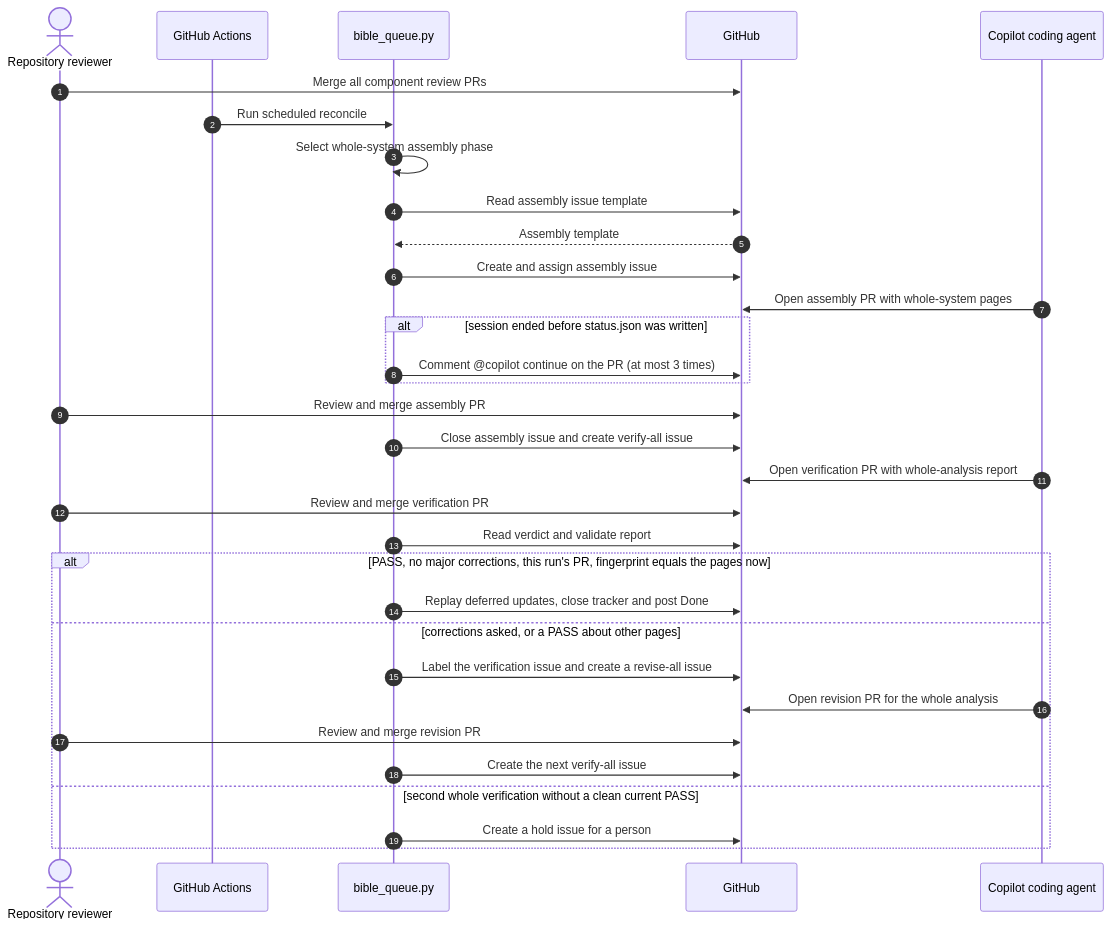
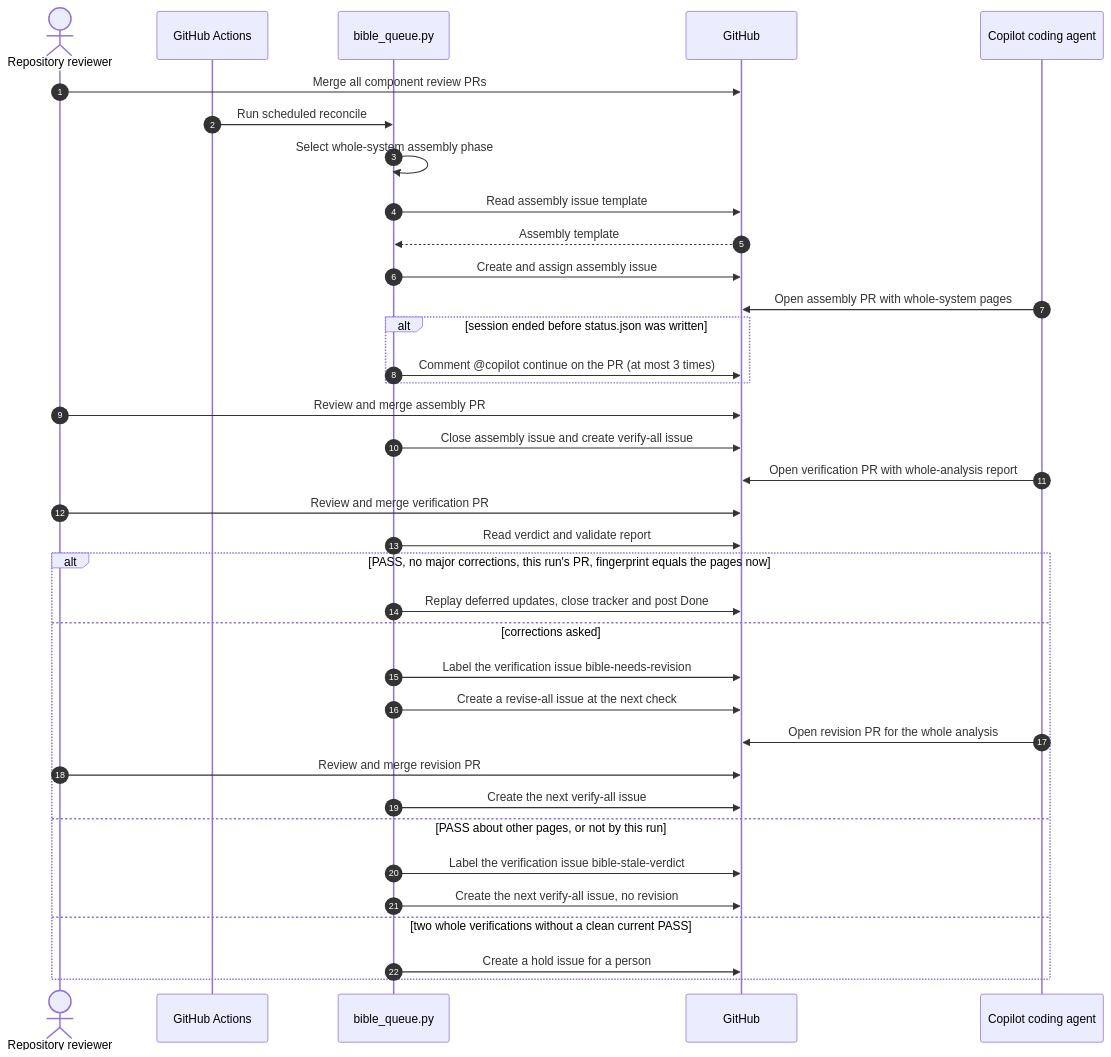
The fourth of 10 diagrams in codebase-analysis/hld/05-key-flows.md (vishalc412/bible-mode-b-test), drawn with Mermaid before and after one commit. The commit also changed other lines of this file and 32 other files, not shown here.

First line of the commit message:
fix(analysis): apply the round-4 verification's corrections (stand-in for Copilot)

````diff
--- a/codebase-analysis/hld/05-key-flows.md
+++ b/codebase-analysis/hld/05-key-flows.md
@@ -168,34 +172,38 @@
 ```mermaid
 sequenceDiagram
   autonumber
   actor Reviewer as Repository reviewer
   participant Actions as GitHub Actions
   participant Queue as bible_queue.py
   participant API as GitHub
   participant Agent as Copilot coding agent
   Reviewer->>API: Merge all component review PRs
   Actions->>Queue: Run scheduled reconcile
   Queue->>Queue: Select whole-system assembly phase
   Queue->>API: Read assembly issue template
   API-->>Queue: Assembly template
   Queue->>API: Create and assign assembly issue
   Agent->>API: Open assembly PR with whole-system pages
   alt session ended before status.json was written
     Queue->>API: Comment @copilot continue on the PR (at most 3 times)
   end
   Reviewer->>API: Review and merge assembly PR
   Queue->>API: Close assembly issue and create verify-all issue
   Agent->>API: Open verification PR with whole-analysis report
   Reviewer->>API: Review and merge verification PR
   Queue->>API: Read verdict and validate report
   alt PASS, no major corrections, this run's PR, fingerprint equals the pages now
     Queue->>API: Replay deferred updates, close tracker and post Done
-  else corrections asked, or a PASS about other pages
-    Queue->>API: Label the verification issue and create a revise-all issue
+  else corrections asked
+    Queue->>API: Label the verification issue bible-needs-revision
+    Queue->>API: Create a revise-all issue at the next check
     Agent->>API: Open revision PR for the whole analysis
     Reviewer->>API: Review and merge revision PR
     Queue->>API: Create the next verify-all issue
-  else second whole verification without a clean current PASS
+  else PASS about other pages, or not by this run
+    Queue->>API: Label the verification issue bible-stale-verdict
+    Queue->>API: Create the next verify-all issue, no revision
+  else two whole verifications without a clean current PASS
     Queue->>API: Create a hold issue for a person
   end
 ```
````
